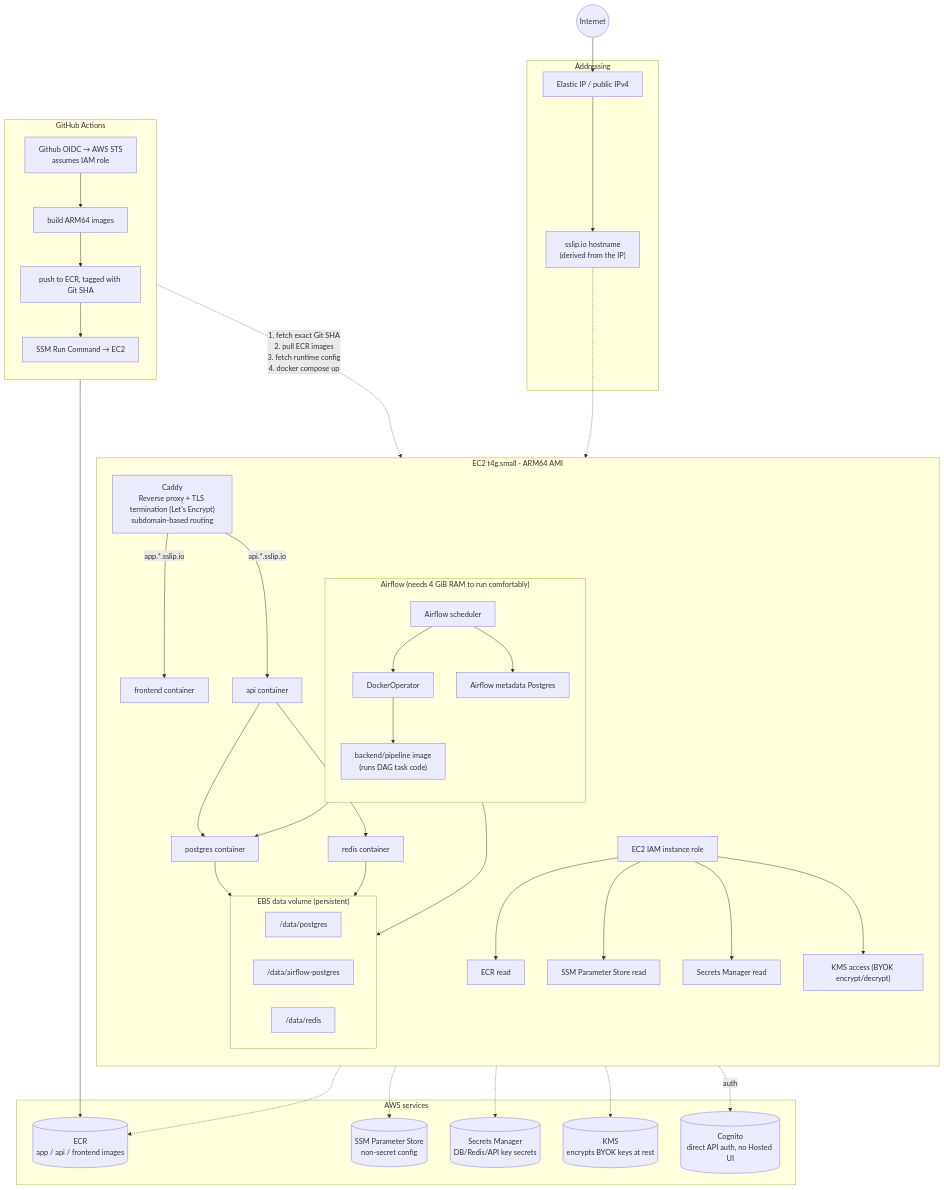
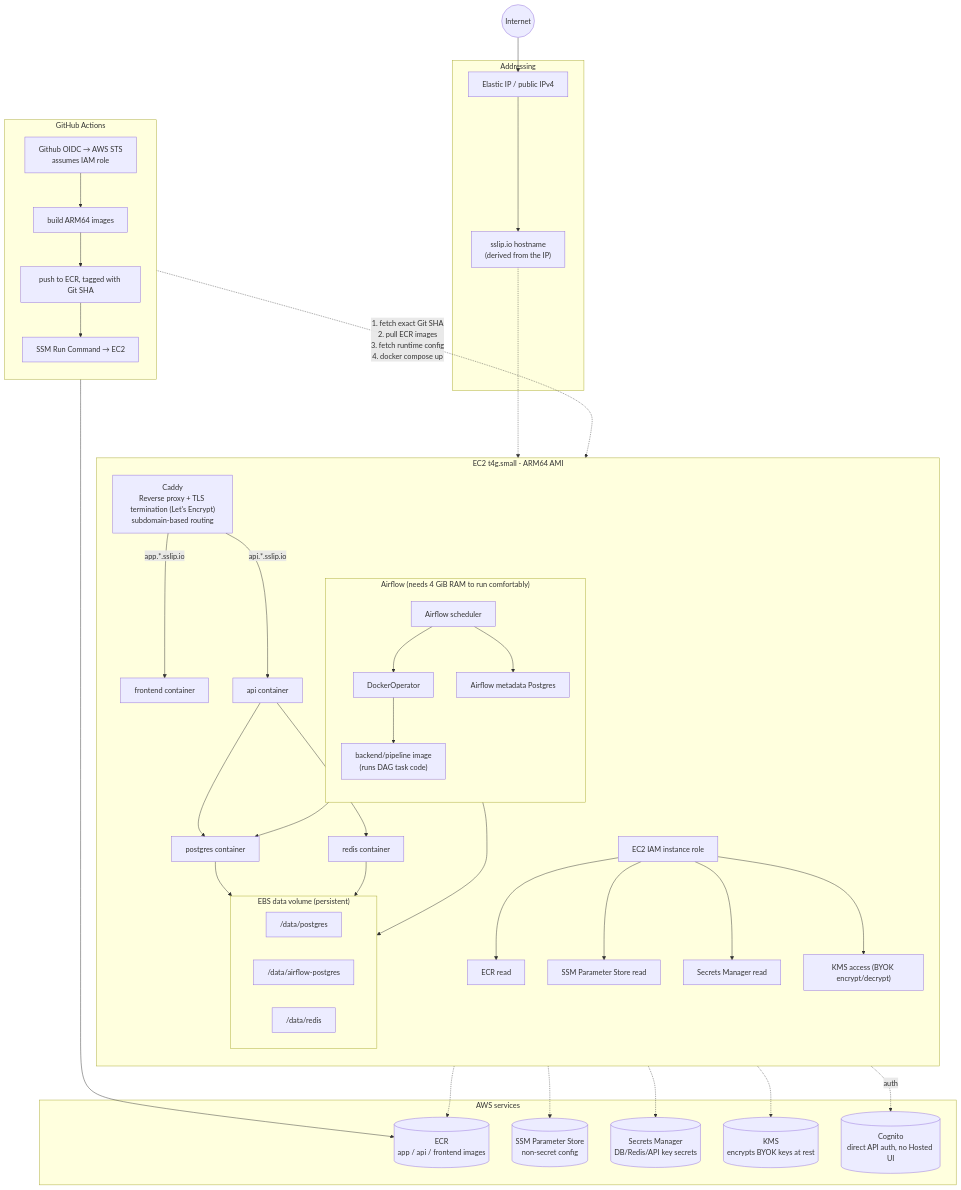
Before and after one commit to RuiDavid5b/yield-line: the second of 2 diagrams in README.md, drawn with Mermaid.

Commit message:
update infra diagram

```diff
--- a/README.md
+++ b/README.md
@@ -191,6 +191,15 @@
         Cognito[("Cognito<br/>direct API auth, no Hosted UI")]
     end
 
+    %% Multiple invisible edges from deep-nested EC2Host nodes into
+    %% AWSServices - a single subgraph-to-subgraph invisible edge is
+    %% usually too weak to overcome the pull of the real dotted edges
+    %% below, which originate from nodes nested inside EC2Host.
+    PGPath ~~~ AWSServices
+    RedisPath ~~~ AWSServices
+    AirflowPGPath ~~~ AWSServices
+    DataVolume ~~~ AWSServices
+
     ECRRead -.-> ECR
     SSMRead -.-> SSM
     SecretsRead -.-> SecretsMgr
```
